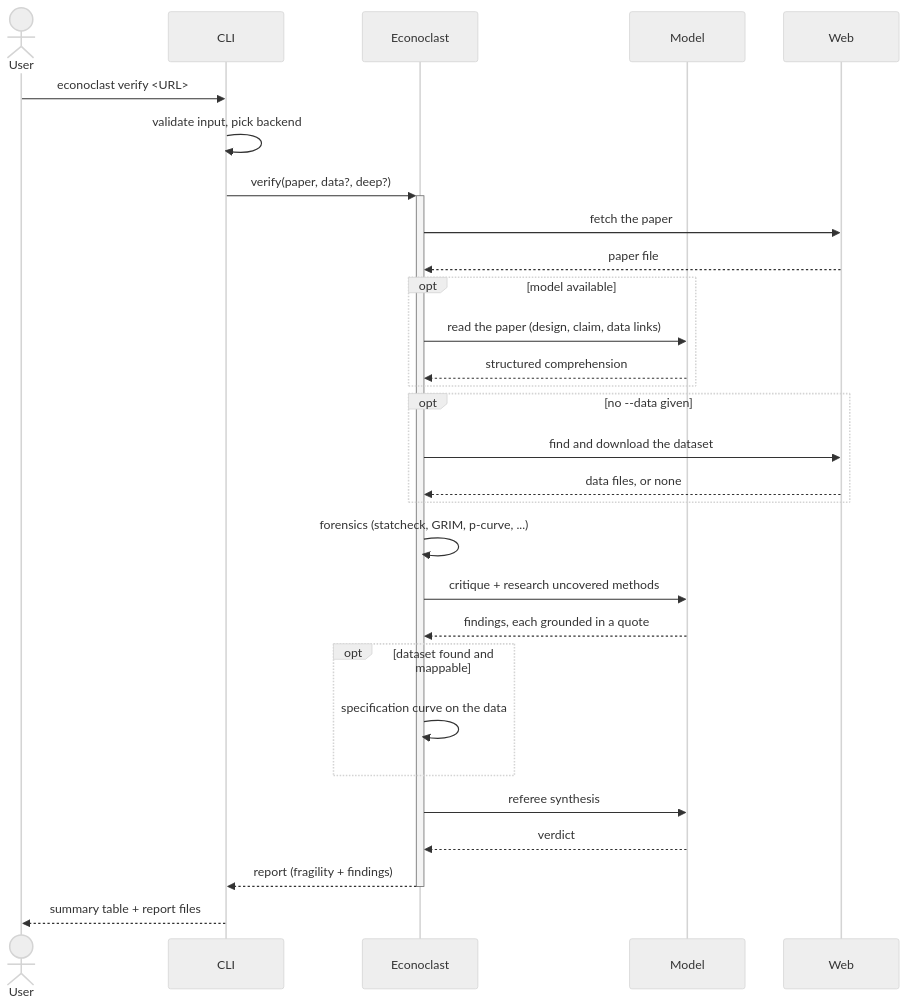
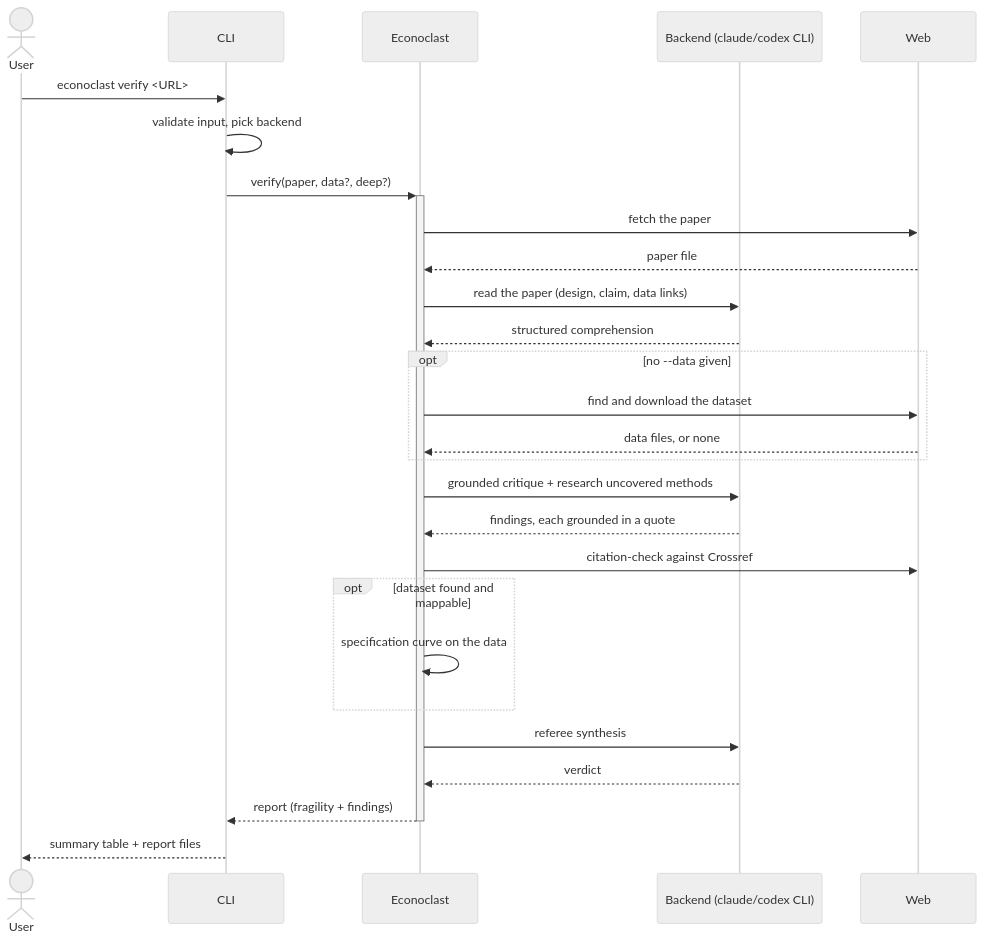
One commit to shoal-rat/econoclast changed the first of 2 diagrams in docs/interaction-design.md. Above: the diagram before and after it, drawn with Mermaid (neutral theme). The commit also changed other lines of this file and 75 other files, not shown here.

First line of the commit message:
refactor!: native-LLM only (Claude Code / Codex), remove forensics and the model router

````diff
--- a/docs/interaction-design.md
+++ b/docs/interaction-design.md
@@ -16,32 +16,30 @@
 ```mermaid
 sequenceDiagram
     actor User
     participant CLI
     participant Eng as Econoclast
-    participant LLM as Model
+    participant LLM as Backend (claude/codex CLI)
     participant Web
 
     User->>CLI: econoclast verify <URL>
     CLI->>CLI: validate input, pick backend
     CLI->>+Eng: verify(paper, data?, deep?)
     Eng->>Web: fetch the paper
     Web-->>Eng: paper file
-    opt model available
-        Eng->>LLM: read the paper (design, claim, data links)
-        LLM-->>Eng: structured comprehension
-    end
+    Eng->>LLM: read the paper (design, claim, data links)
+    LLM-->>Eng: structured comprehension
     opt no --data given
         Eng->>Web: find and download the dataset
         Web-->>Eng: data files, or none
     end
-    Eng->>Eng: forensics (statcheck, GRIM, p-curve, ...)
-    Eng->>LLM: critique + research uncovered methods
+    Eng->>LLM: grounded critique + research uncovered methods
     LLM-->>Eng: findings, each grounded in a quote
+    Eng->>Web: citation-check against Crossref
     opt dataset found and mappable
         Eng->>Eng: specification curve on the data
     end
     Eng->>LLM: referee synthesis
     LLM-->>Eng: verdict
     Eng-->>-CLI: report (fragility + findings)
     CLI-->>User: summary table + report files
 ```
````
